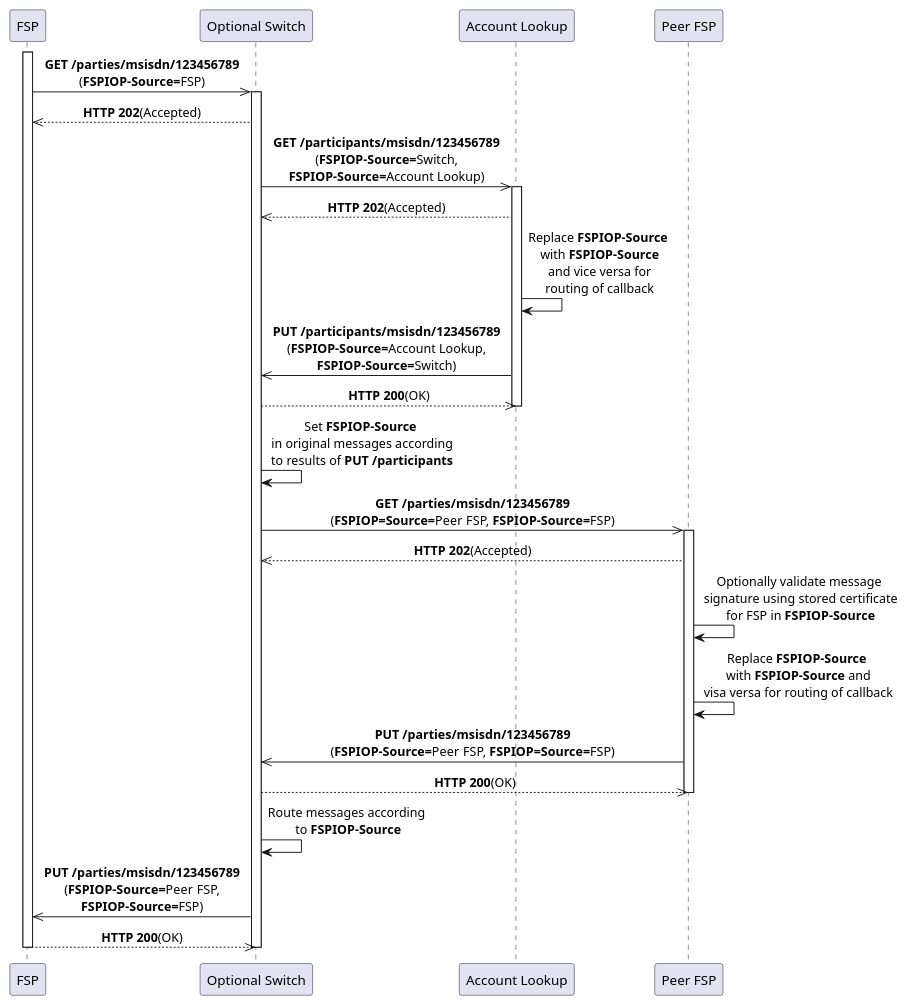
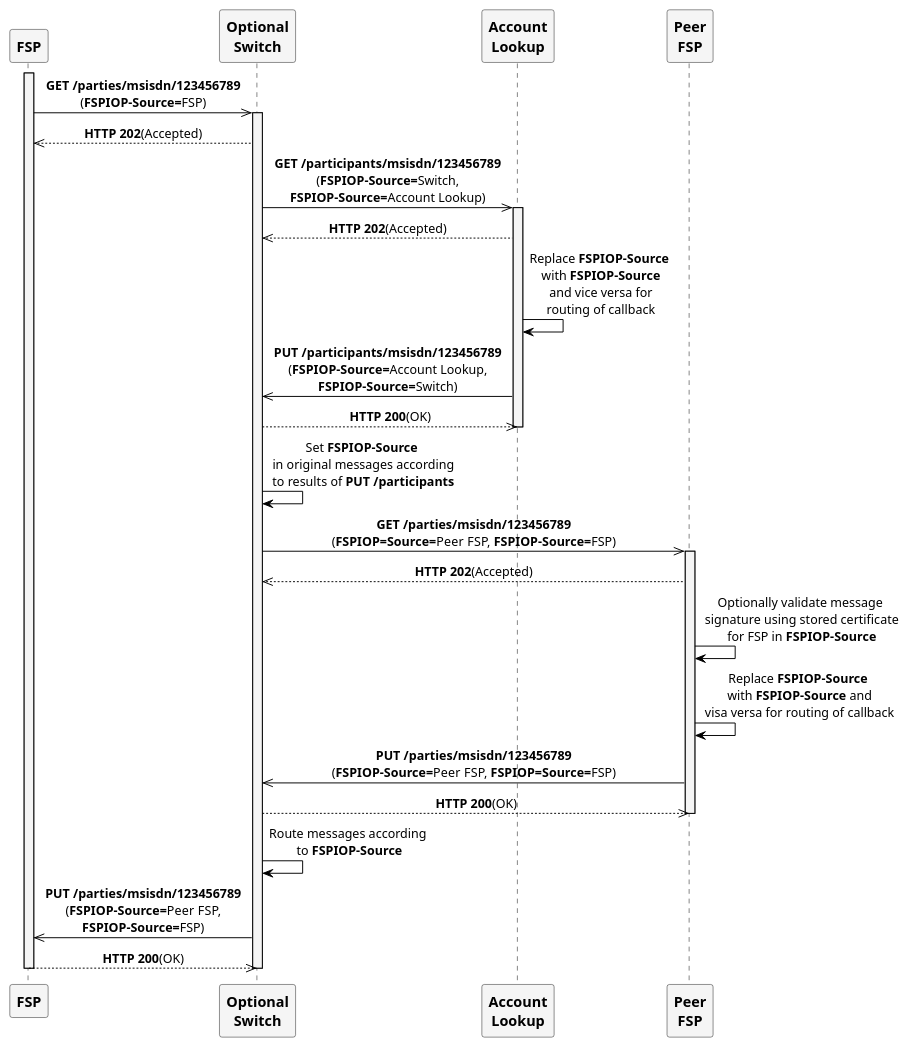
The diagram in assets/diagrams/sequence/figure5.plantuml (mojaloop/mojaloop-specification), drawn with PlantUML before and after one commit. The commit also changed 17 other files, not shown here.

Commit message:
Added skinparam's  to sequence diagrams. Introduced customised actor image for sequence diagrams.

```diff
--- a/assets/diagrams/sequence/figure5.plantuml
+++ b/assets/diagrams/sequence/figure5.plantuml
@@ -25,44 +25,53 @@
 @startuml
 ' declaring skinparam
 skinparam sequenceMessageAlign center
+skinparam shadowing false
+skinparam defaultFontName Calibri
+skinparam monochrome true
+skinparam SequenceLifeLineBackgroundColor WhiteSmoke
+skinparam SequenceLifeLineBorderColor Black
+skinparam ParticipantFontStyle Bold
+skinparam ParticipantFontSize 15
+skinparam ParticipantBackgroundColor WhiteSmoke
+skinparam ArrowColor Black
 
 ' declare title
 ' title Example scenario where FSPIOP-Destination is unknown by FSP
 
 ' Actor Keys:
-' participant - FSP or Switch
+' participant - FSP, Peer FSP, Optional Switch and Account Lookup
 
 ' declare actors
 participant "FSP" as FSP
-participant "Optional Switch" as OPTSWITCH
-participant "Account Lookup" as ALS
-participant "Peer FSP" as PEERFSP
+participant "Optional\nSwitch" as OPTSWITCH
+participant "Account\nLookup" as ALS
+participant "Peer\nFSP" as PEERFSP
 
 ' start flow
 
 activate FSP
 FSP ->> OPTSWITCH: **GET /parties/msisdn/123456789**\n(**FSPIOP-Source=**FSP)
 activate OPTSWITCH
 FSP <<-- OPTSWITCH: **HTTP 202**(Accepted)
 OPTSWITCH ->> ALS: **GET /participants/msisdn/123456789**\n(**FSPIOP-Source=**Switch,\n**FSPIOP-Source=**Account Lookup)
 activate ALS
 OPTSWITCH <<-- ALS: **HTTP 202**(Accepted)
 ALS -> ALS: Replace **FSPIOP-Source**\n with **FSPIOP-Source**\n and vice versa for\n routing of callback
 OPTSWITCH <<- ALS: **PUT /participants/msisdn/123456789**\n(**FSPIOP-Source=**Account Lookup,\n**FSPIOP-Source=**Switch)
 OPTSWITCH -->> ALS: **HTTP 200**(OK)
 deactivate ALS
 OPTSWITCH -> OPTSWITCH: Set **FSPIOP-Source**\n in original messages according\n to results of **PUT /participants**
 OPTSWITCH ->> PEERFSP: **GET /parties/msisdn/123456789**\n(**FSPIOP=Source=**Peer FSP, **FSPIOP-Source=**FSP)
 activate PEERFSP
 OPTSWITCH <<-- PEERFSP: **HTTP 202**(Accepted)
 PEERFSP -> PEERFSP: Optionally validate message\n signature using stored certificate\n for FSP in **FSPIOP-Source**
 PEERFSP -> PEERFSP: Replace **FSPIOP-Source**\n with **FSPIOP-Source** and\n visa versa for routing of callback
 OPTSWITCH <<- PEERFSP: **PUT /parties/msisdn/123456789**\n(**FSPIOP-Source=**Peer FSP, **FSPIOP=Source=**FSP)
 OPTSWITCH -->> PEERFSP: **HTTP 200**(OK)
 deactivate PEERFSP
 OPTSWITCH -> OPTSWITCH: Route messages according\n to **FSPIOP-Source**
 FSP <<- OPTSWITCH: **PUT /parties/msisdn/123456789**\n(**FSPIOP-Source=**Peer FSP,\n**FSPIOP-Source=**FSP)
 FSP -->> OPTSWITCH: **HTTP 200**(OK)
 deactivate OPTSWITCH
 deactivate FSP
 @enduml
```
